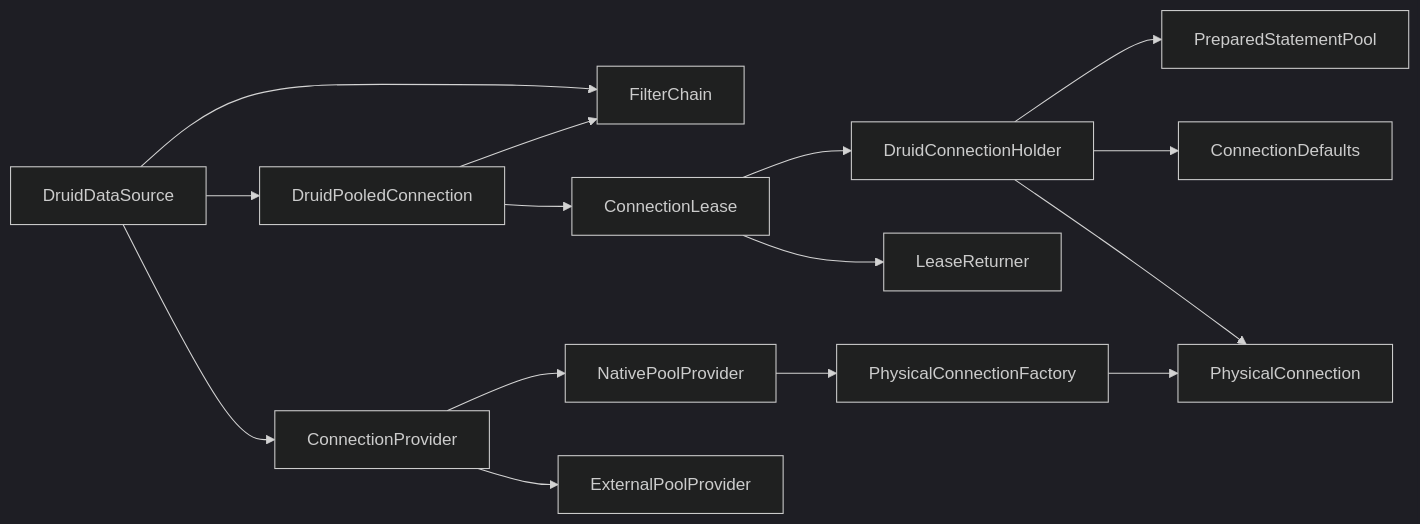
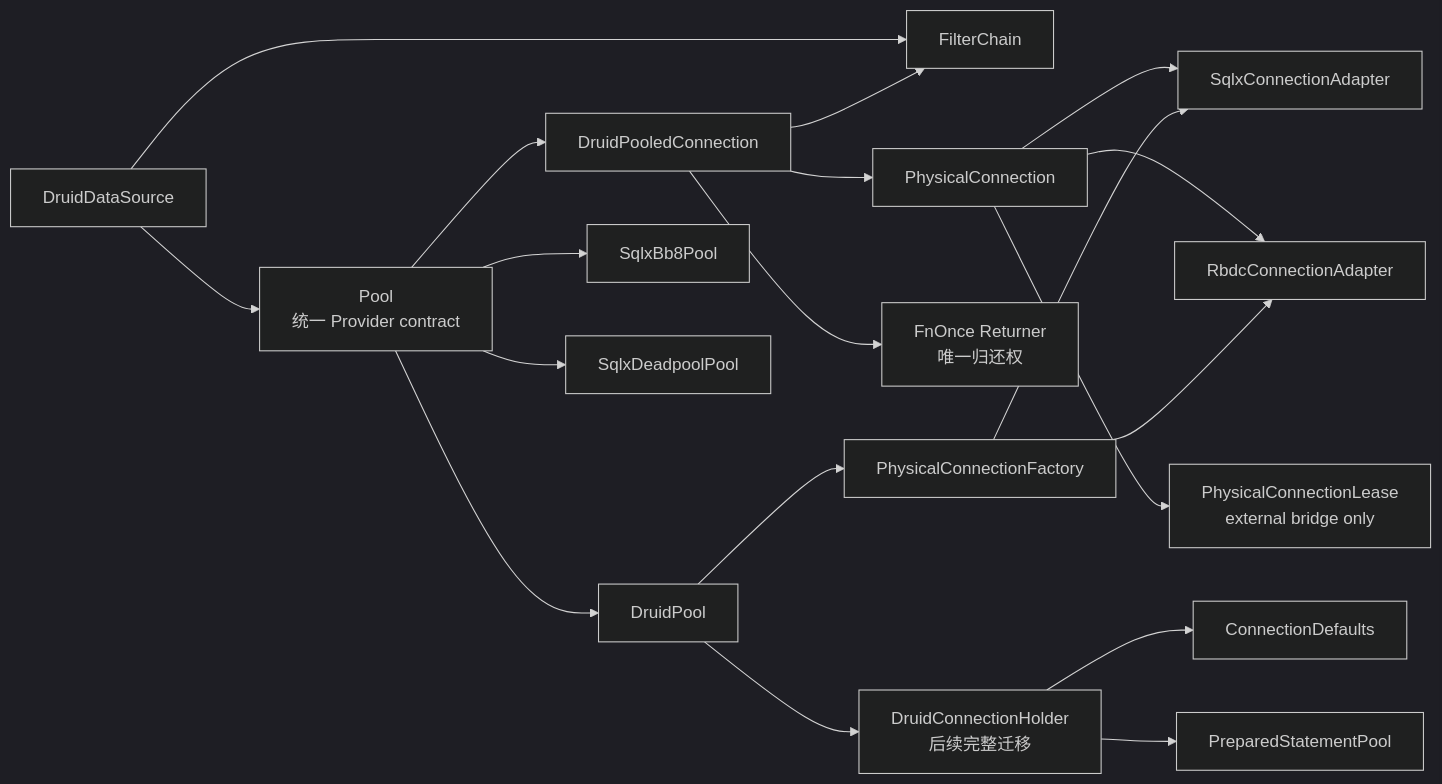
Before and after one commit to easy-4-rust/druid-rust: the second of 7 diagrams in doc/migration/5、连接抽象与驱动适配架构.md, drawn with Mermaid (dark theme). The commit also changed other lines of this file and 45 other files, not shown here.

````diff
--- a/doc/migration/5、连接抽象与驱动适配架构.md
+++ b/doc/migration/5、连接抽象与驱动适配架构.md
@@ -112,17 +144,21 @@
 ```mermaid
 flowchart LR
-    DS["DruidDataSource"] --> CP["ConnectionProvider"]
+    DS["DruidDataSource"] --> CP["Pool<br/>统一 Provider contract"]
     DS --> FC["FilterChain"]
-    DS --> PC["DruidPooledConnection"]
-    PC --> CL["ConnectionLease"]
+    CP --> PC["DruidPooledConnection"]
     PC --> FC
-    CL --> CH["DruidConnectionHolder"]
-    CL --> LR["LeaseReturner"]
-    CH --> PHY["PhysicalConnection"]
+    PC --> PHY["PhysicalConnection"]
+    PC --> LR["FnOnce Returner<br/>唯一归还权"]
+    PHY --> SQLX["SqlxConnectionAdapter"]
+    PHY --> RBDC["RbdcConnectionAdapter"]
+    PHY --> EXT["PhysicalConnectionLease<br/>external bridge only"]
+    CP --> NATIVE["DruidPool"]
+    CP --> BB8["SqlxBb8Pool"]
+    CP --> DEADPOOL["SqlxDeadpoolPool"]
+    NATIVE --> CH["DruidConnectionHolder<br/>后续完整迁移"]
     CH --> DEF["ConnectionDefaults"]
     CH --> PSC["PreparedStatementPool"]
-    CP --> NATIVE["NativePoolProvider"]
-    CP --> EXTERNAL["ExternalPoolProvider"]
     NATIVE --> F["PhysicalConnectionFactory"]
-    F --> PHY
+    F --> SQLX
+    F --> RBDC
 ```
````
